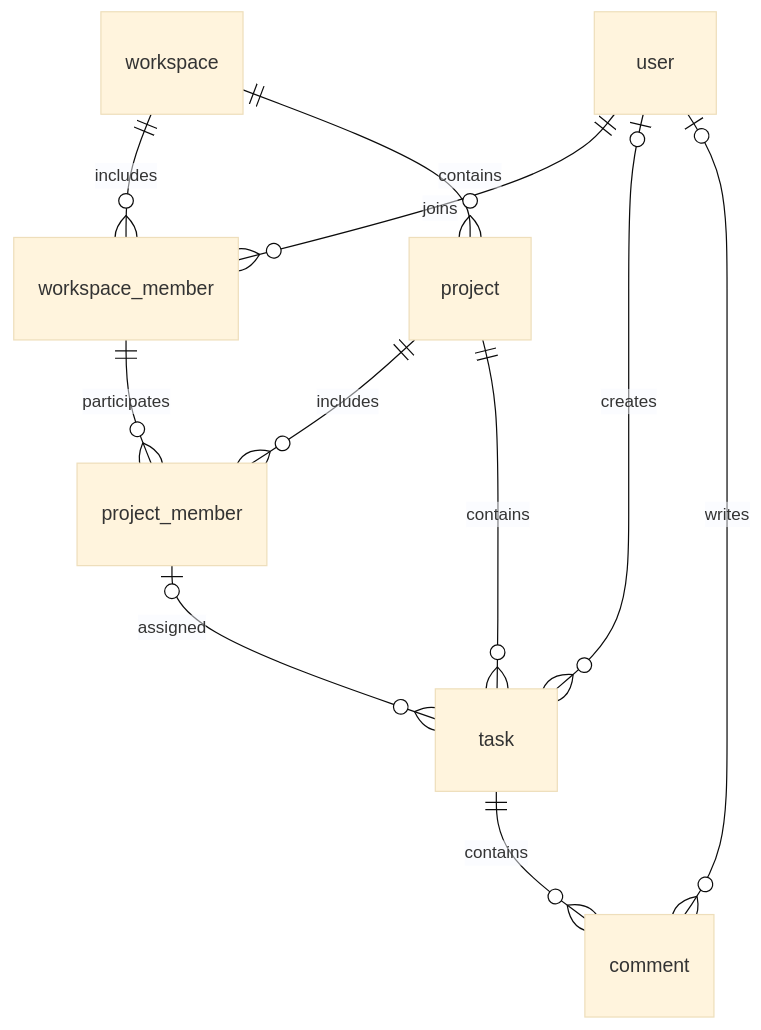
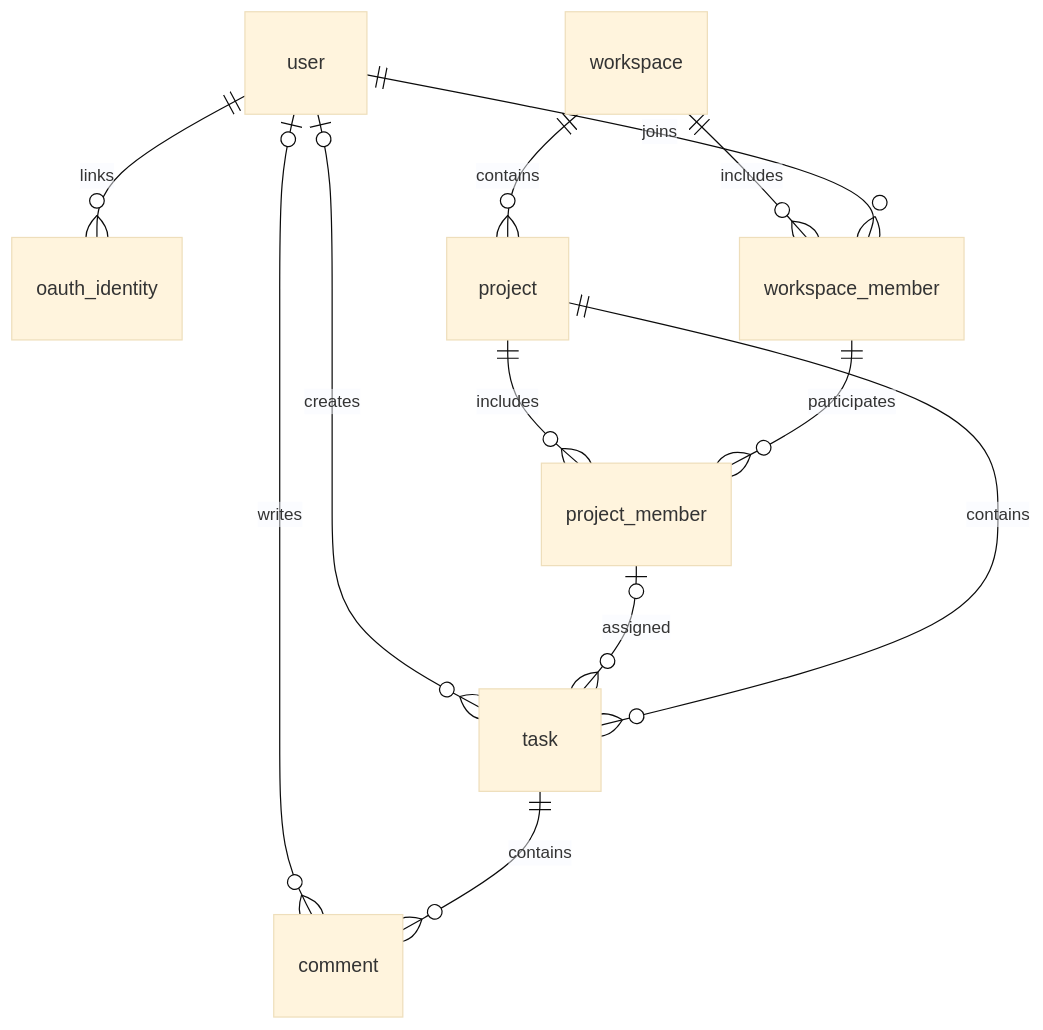
One commit to khanhddptit/task-manager changed the diagram in README.md. Above: the diagram before and after it, drawn with Mermaid (base theme). The commit also changed other lines of this file and 77 other files, not shown here.

````diff
--- a/README.md
+++ b/README.md
@@ -128,13 +157,14 @@
 ```mermaid
 erDiagram
+    user ||--o{ oauth_identity : links
     user ||--o{ workspace_member : joins
     workspace ||--o{ workspace_member : includes
     workspace ||--o{ project : contains
     workspace_member ||--o{ project_member : participates
     project ||--o{ project_member : includes
     project ||--o{ task : contains
     project_member o|--o{ task : assigned
     user o|--o{ task : creates
     task ||--o{ comment : contains
     user o|--o{ comment : writes
 ```
````
